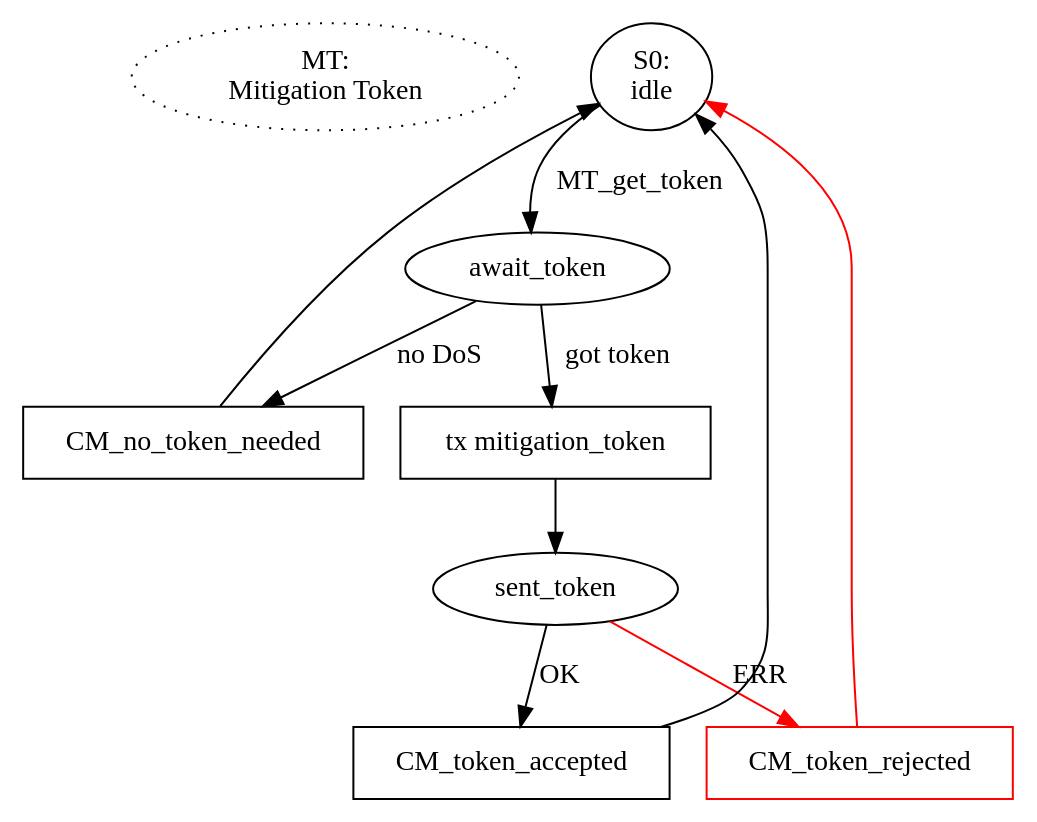
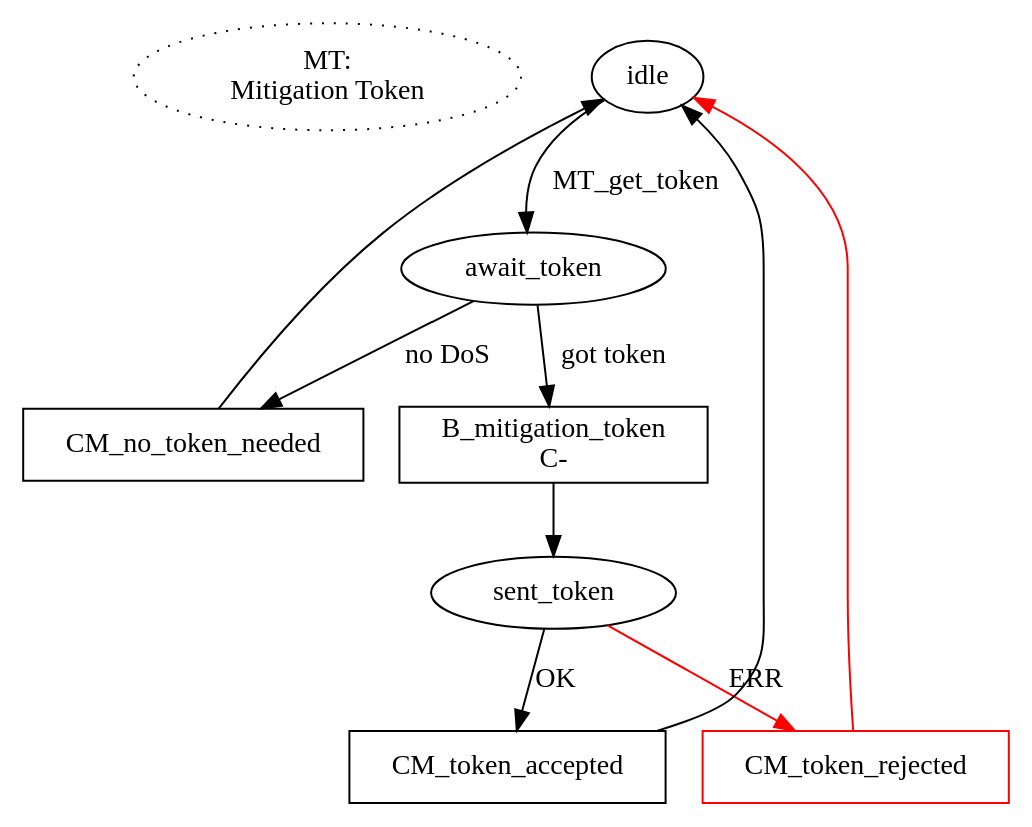
One commit to magic-wormhole/magic-wormhole changed the diagram in docs/state-machines/mitigation.dot. Above: the diagram before and after it, drawn with Graphviz. The commit also changed 9 other files, not shown here.

Commit message:
WIP; kind-of works but needs new message (not BIND) to send token

```diff
--- a/docs/state-machines/mitigation.dot
+++ b/docs/state-machines/mitigation.dot
@@ -1,26 +1,26 @@
 digraph {
 
         start [label="MT:\nMitigation Token" style="dotted"]
         {rank=same; start MT0}
         start -> MT0 [style="invis"]
 
-        MT0 [label="S0:\nidle"]
+        MT0 [label="idle"]
         MT0 -> await_token [label="MT_get_token"]
 
         await_token -> no_dos [label="no DoS"]
         no_dos [shape="box" label="CM_no_token_needed"]
         no_dos -> MT0
 
         await_token -> send_token [label="got token"]
-        send_token [shape="box" label="tx mitigation_token"]
+        send_token [shape="box" label="B_mitigation_token\nC-"]
 
         send_token -> sent_token
 
         sent_token -> response_ok [label="OK"]
         response_ok [shape="box" label="CM_token_accepted"]
         response_ok -> MT0
 
         sent_token -> response_err [label="ERR" color="red"]
         response_err [shape="box" label="CM_token_rejected" color="red"]
         response_err -> MT0 [color="red"]
 }
```
